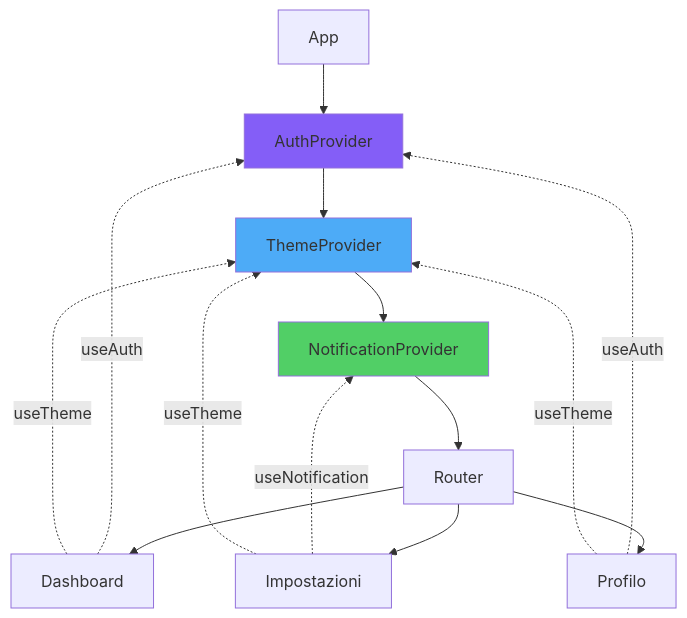
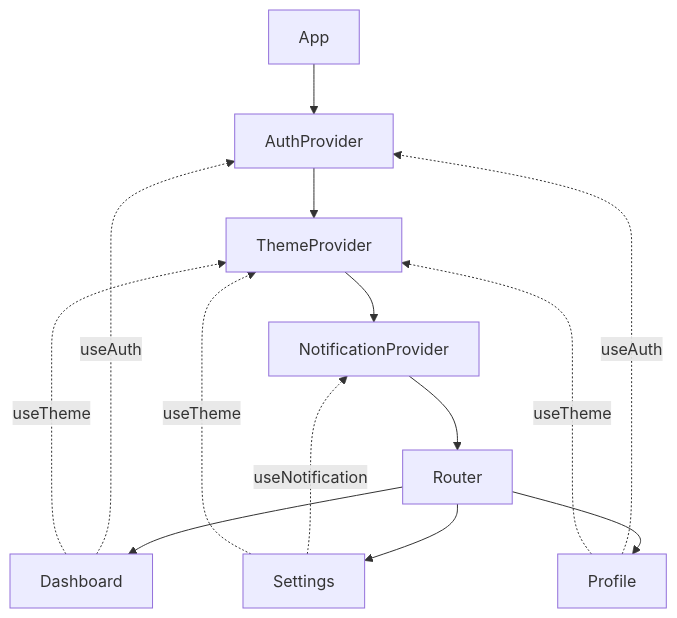
Before and after one commit to BabaScience/react-guides: the third of 7 diagrams in arguments/chapters/it/06-state-management.md, drawn with Mermaid. The commit also changed other lines of this file and 29 other files, not shown here.

First line of the commit message:
Bring React FR/IT translations to full English parity + theme-safe diagrams

````diff
--- a/arguments/chapters/it/06-state-management.md
+++ b/arguments/chapters/it/06-state-management.md
@@ -97,21 +333,18 @@
 ```mermaid
 flowchart TD
     A["App"] --> B["AuthProvider"]
     B --> C["ThemeProvider"]
     C --> D["NotificationProvider"]
     D --> E["Router"]
     E --> F["Dashboard"]
-    E --> G["Profilo"]
-    E --> H["Impostazioni"]
+    E --> G["Profile"]
+    E --> H["Settings"]
 
     F -.useAuth.-> B
     F -.useTheme.-> C
     G -.useAuth.-> B
     G -.useTheme.-> C
     H -.useNotification.-> D
     H -.useTheme.-> C
 
-    style B fill:#845ef7
-    style C fill:#4dabf7
-    style D fill:#51cf66
 ```
````
